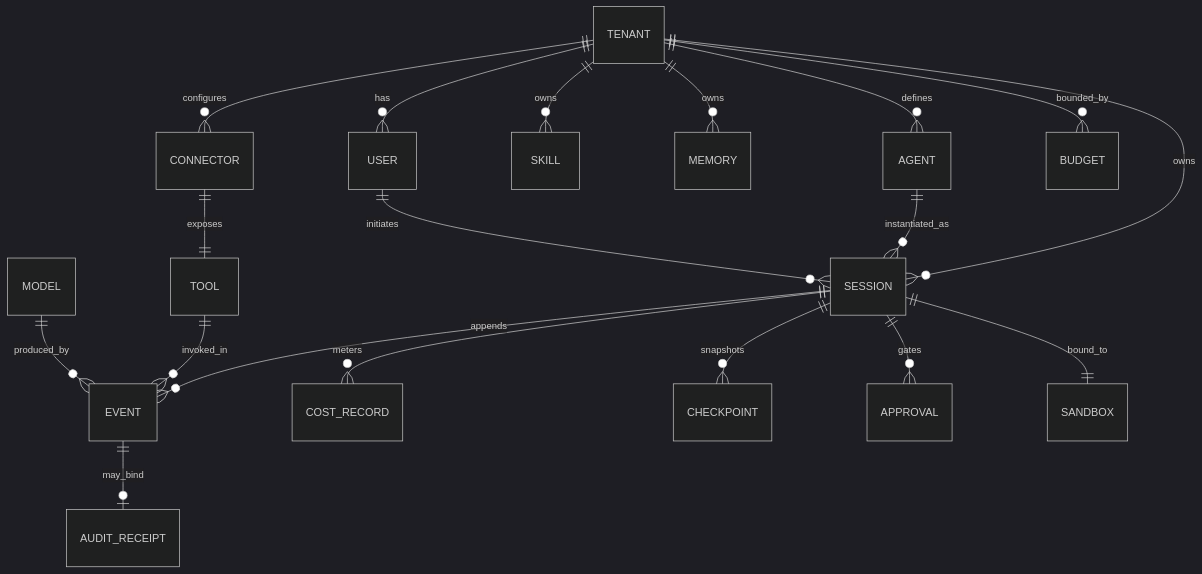
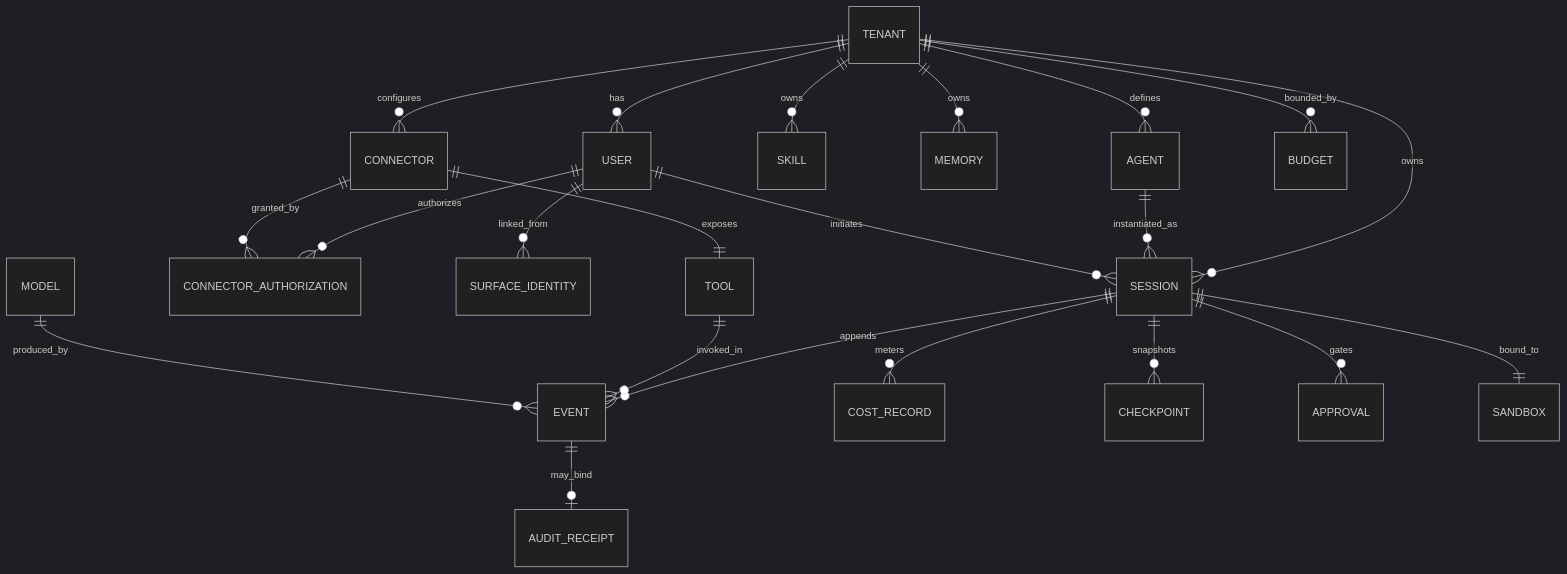
The diagram in specs/001-agent-platform/data-model.md (truongpx396/nexus-agent), drawn with Mermaid (dark theme) before and after one commit. The commit also changed other lines of this file and 6 other files, not shown here.

````diff
--- a/specs/001-agent-platform/data-model.md
+++ b/specs/001-agent-platform/data-model.md
@@ -15,21 +15,24 @@
 ```mermaid
 erDiagram
     TENANT ||--o{ USER : has
     TENANT ||--o{ AGENT : defines
     TENANT ||--o{ SESSION : owns
     TENANT ||--o{ SKILL : owns
     TENANT ||--o{ MEMORY : owns
     TENANT ||--o{ CONNECTOR : configures
     TENANT ||--o{ BUDGET : bounded_by
     AGENT ||--o{ SESSION : instantiated_as
     USER ||--o{ SESSION : initiates
+    USER ||--o{ CONNECTOR_AUTHORIZATION : authorizes
+    USER ||--o{ SURFACE_IDENTITY : linked_from
+    CONNECTOR ||--o{ CONNECTOR_AUTHORIZATION : granted_by
     SESSION ||--o{ EVENT : appends
     SESSION ||--o{ COST_RECORD : meters
     SESSION ||--o{ CHECKPOINT : snapshots
     SESSION ||--o{ APPROVAL : gates
     EVENT ||--o| AUDIT_RECEIPT : may_bind
     TOOL ||--o{ EVENT : invoked_in
     CONNECTOR ||--|| TOOL : exposes
     SESSION ||--|| SANDBOX : bound_to
     MODEL ||--o{ EVENT : produced_by
 ```
````
